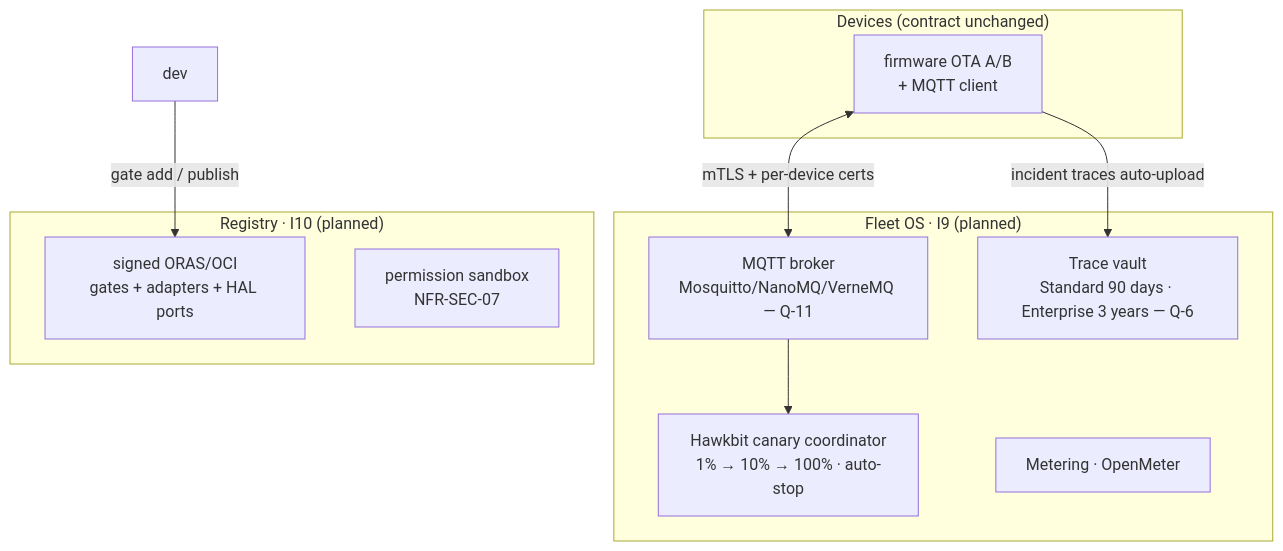
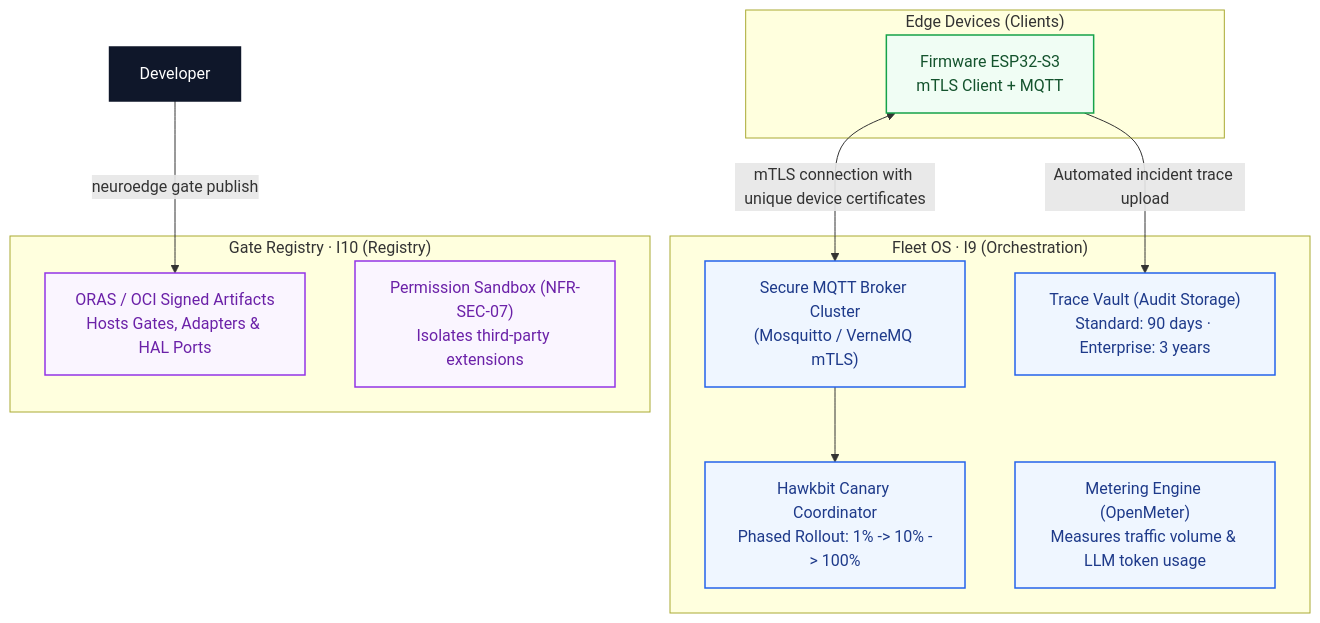
One commit to letrongminh/neuroedge-init changed the second of 5 diagrams in docs/architecture/en/13-evolution-i0-i18.md. Above: the diagram before and after it, drawn with Mermaid. The commit also changed other lines of this file and 35 other files, not shown here.

First line of the commit message:
docs(architecture): comprehensive upgrade of architecture suite, Mermaid diagrams and vector posters

````diff
--- a/docs/architecture/en/13-evolution-i0-i18.md
+++ b/docs/architecture/en/13-evolution-i0-i18.md
@@ -46,20 +88,28 @@
 ```mermaid
 flowchart TB
-    subgraph device["Devices (contract unchanged)"]
-        FW[firmware OTA A/B<br/>+ MQTT client]
+    classDef dev fill:#f0fdf4,stroke:#16a34a,color:#14532d,stroke-width:1.5px;
+    classDef flt fill:#eff6ff,stroke:#2563eb,color:#1e3a8a,stroke-width:1.5px;
+    classDef reg fill:#faf5ff,stroke:#9334e6,color:#6b21a8,stroke-width:1.5px;
+    classDef act fill:#0f172a,stroke:#0f172a,color:#ffffff,stroke-width:1.5px;
+
+    subgraph Devices["Edge Devices (Clients)"]
+        FW["Firmware ESP32-S3<br/>mTLS Client + MQTT"]:::dev
     end
-    subgraph fleet["Fleet OS · I9 (planned)"]
-        OTA[Hawkbit canary coordinator<br/>1% → 10% → 100% · auto-stop]
-        MQ[MQTT broker<br/>Mosquitto/NanoMQ/VerneMQ — Q-11]
-        TV[Trace vault<br/>Standard 90 days · Enterprise 3 years — Q-6]
-        MET[Metering · OpenMeter]
+
+    subgraph FleetOS["Fleet OS · I9 (Orchestration)"]
+        OTA["Hawkbit Canary Coordinator<br/>Phased Rollout: 1% -> 10% -> 100%"]:::flt
+        MQ["Secure MQTT Broker Cluster<br/>(Mosquitto / VerneMQ mTLS)"]:::flt
+        TV["Trace Vault (Audit Storage)<br/>Standard: 90 days · Enterprise: 3 years"]:::flt
+        MET["Metering Engine (OpenMeter)<br/>Measures traffic volume &amp; LLM token usage"]:::flt
     end
-    subgraph reg["Registry · I10 (planned)"]
-        OCI[signed ORAS/OCI<br/>gates + adapters + HAL ports]
-        SAN[permission sandbox<br/>NFR-SEC-07]
+
+    subgraph GateRegistry["Gate Registry · I10 (Registry)"]
+        ORAS["ORAS / OCI Signed Artifacts<br/>Hosts Gates, Adapters &amp; HAL Ports"]:::reg
+        SAN["Permission Sandbox (NFR-SEC-07)<br/>Isolates third-party extensions"]:::reg
     end
-    FW <-->|mTLS + per-device certs| MQ
+
+    FW <-->|mTLS connection with unique device certificates| MQ
     MQ --> OTA
-    FW -->|incident traces auto-upload| TV
-    DEV[dev] -->|gate add / publish| OCI
+    FW -->|Automated incident trace upload| TV
+    DEV["Developer"]:::act -->|neuroedge gate publish| ORAS
 ```
````
